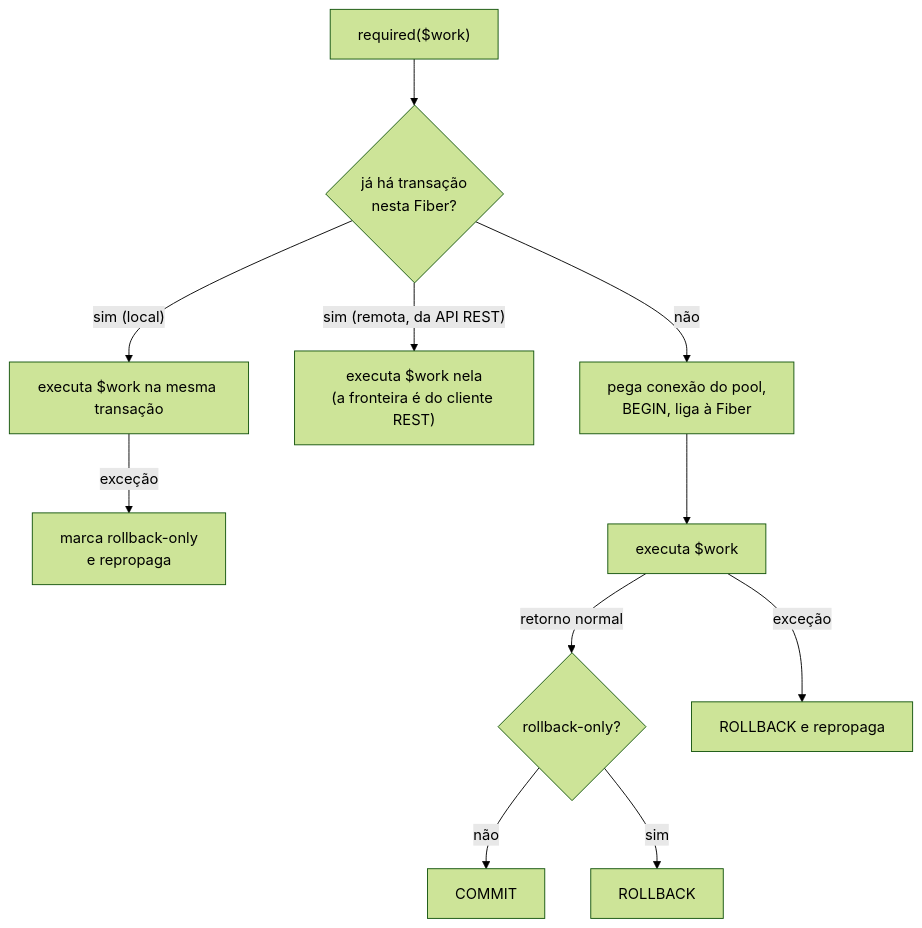
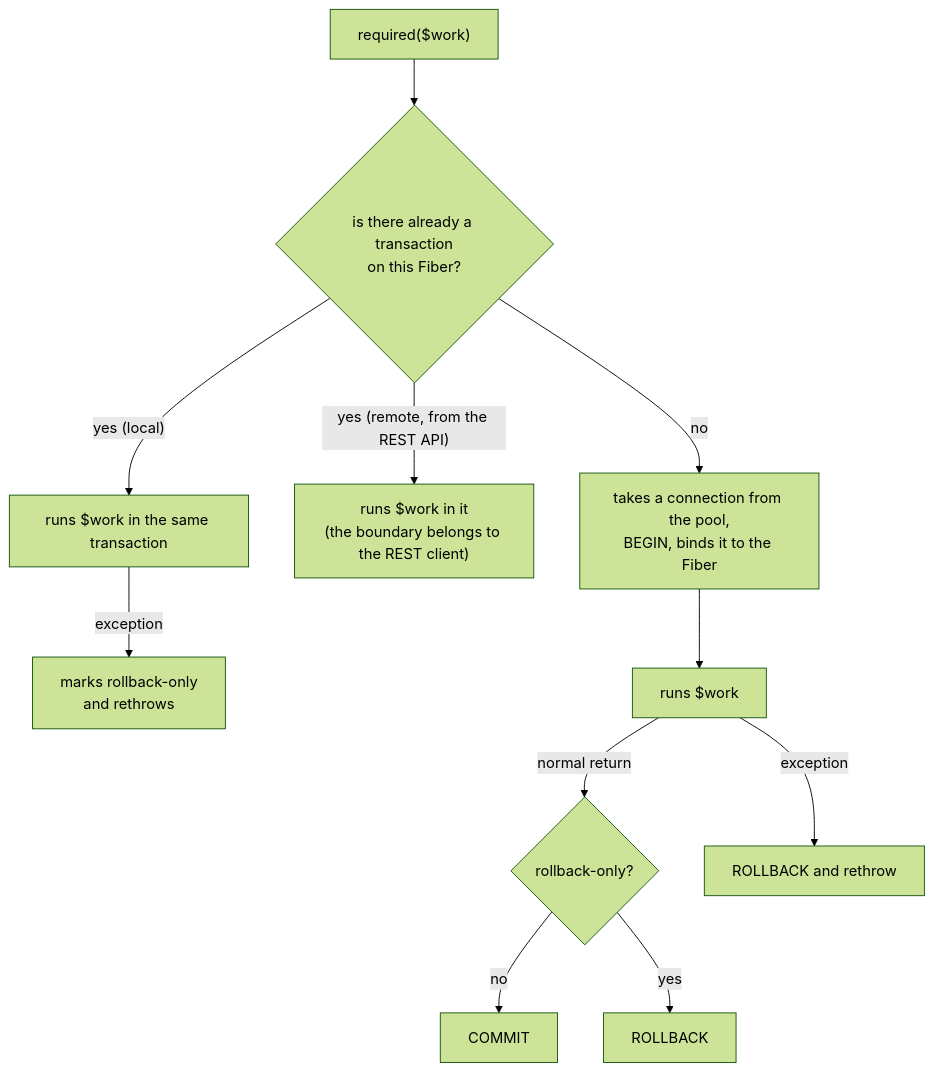
One commit to mrcdom/wdc-cube-php changed the first of 2 diagrams in docs/dev/transaction-service.md. Above: the diagram before and after it, drawn with Mermaid (forest theme). The commit also changed other lines of this file and 303 other files, not shown here.

````diff
--- a/docs/dev/transaction-service.md
+++ b/docs/dev/transaction-service.md
@@ -97,13 +98,13 @@
 ```mermaid
 flowchart TD
-    A["required($work)"] --> B{"já há transação<br/>nesta Fiber?"}
-    B -- "sim (local)" --> P["executa $work na mesma transação"]
-    P -- "exceção" --> RO["marca rollback-only<br/>e repropaga"]
-    B -- "sim (remota, da API REST)" --> PR["executa $work nela<br/>(a fronteira é do cliente REST)"]
-    B -- "não" --> O["pega conexão do pool,<br/>BEGIN, liga à Fiber"]
-    O --> W["executa $work"]
-    W -- "retorno normal" --> Q{"rollback-only?"}
-    Q -- "não" --> C["COMMIT"]
-    Q -- "sim" --> R["ROLLBACK"]
-    W -- "exceção" --> R2["ROLLBACK e repropaga"]
+    A["required($work)"] --> B{"is there already a transaction<br/>on this Fiber?"}
+    B -- "yes (local)" --> P["runs $work in the same transaction"]
+    P -- "exception" --> RO["marks rollback-only<br/>and rethrows"]
+    B -- "yes (remote, from the REST API)" --> PR["runs $work in it<br/>(the boundary belongs to the REST client)"]
+    B -- "no" --> O["takes a connection from the pool,<br/>BEGIN, binds it to the Fiber"]
+    O --> W["runs $work"]
+    W -- "normal return" --> Q{"rollback-only?"}
+    Q -- "no" --> C["COMMIT"]
+    Q -- "yes" --> R["ROLLBACK"]
+    W -- "exception" --> R2["ROLLBACK and rethrow"]
 ```
````
